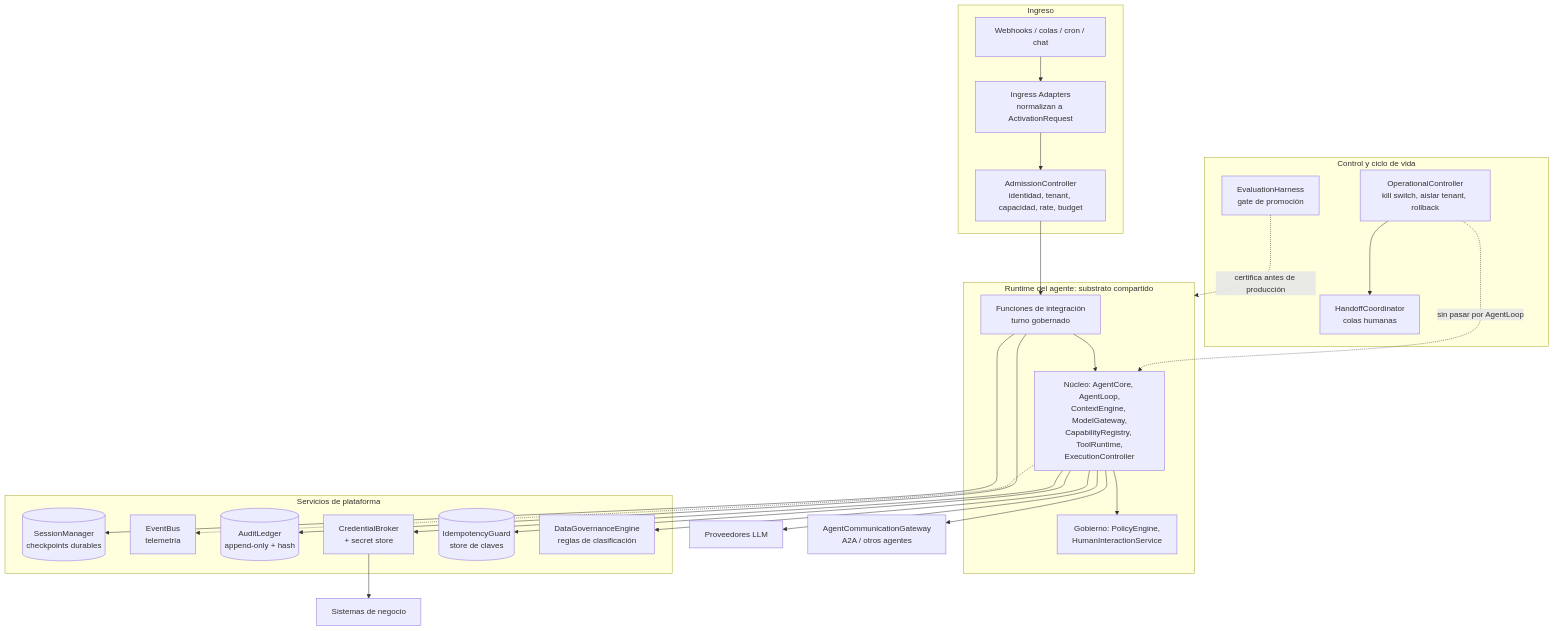
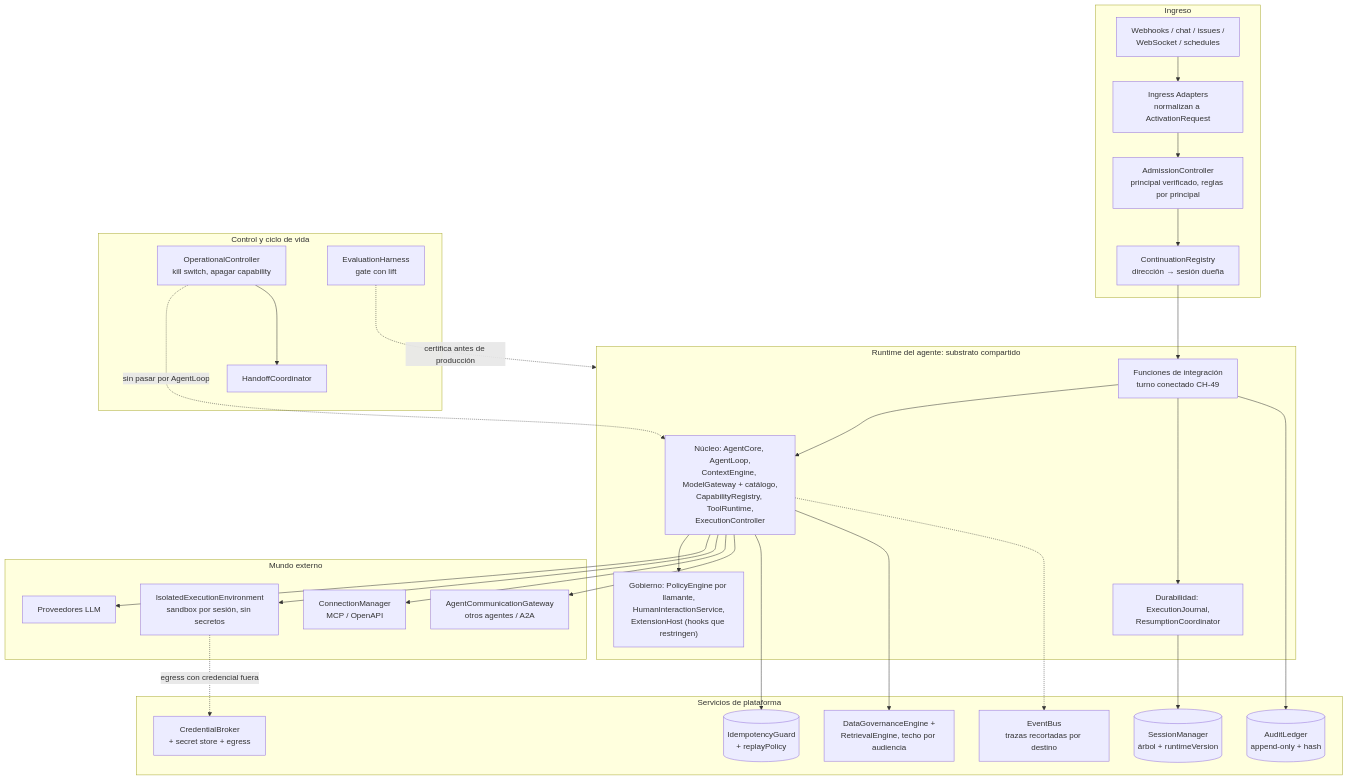
Before and after one commit to aaramirez/arnes-ai: the first of 3 diagrams in docs/diagramas/book-harness/BH-Implementacion.md, drawn with Mermaid. The commit also changed other lines of this file and 52 other files, not shown here.

````diff
--- a/docs/diagramas/book-harness/BH-Implementacion.md
+++ b/docs/diagramas/book-harness/BH-Implementacion.md
@@ -34,43 +34,50 @@
 ```mermaid
 flowchart TB
   subgraph Borde["Ingreso"]
-    SRC["Webhooks / colas / cron / chat"]
+    SRC["Webhooks / chat / issues /<br/>WebSocket / schedules"]
     IA["Ingress Adapters<br/>normalizan a ActivationRequest"]
-    ADM["AdmissionController<br/>identidad, tenant, capacidad, rate, budget"]
+    ADM["AdmissionController<br/>principal verificado, reglas por principal"]
+    CNR["ContinuationRegistry<br/>dirección → sesión dueña"]
   end
   subgraph Runtime["Runtime del agente: substrato compartido"]
-    INT["Funciones de integración<br/>turno gobernado"]
-    CORE["Núcleo: AgentCore, AgentLoop,<br/>ContextEngine, ModelGateway,<br/>CapabilityRegistry, ToolRuntime,<br/>ExecutionController"]
-    GOV["Gobierno: PolicyEngine,<br/>HumanInteractionService"]
+    INT["Funciones de integración<br/>turno conectado CH-49"]
+    CORE["Núcleo: AgentCore, AgentLoop,<br/>ContextEngine, ModelGateway + catálogo,<br/>CapabilityRegistry, ToolRuntime,<br/>ExecutionController"]
+    GOV["Gobierno: PolicyEngine por llamante,<br/>HumanInteractionService,<br/>ExtensionHost (hooks que restringen)"]
+    DUR["Durabilidad: ExecutionJournal,<br/>ResumptionCoordinator"]
   end
   subgraph Plat["Servicios de plataforma"]
-    SM[("SessionManager<br/>checkpoints durables")]
-    EB["EventBus<br/>telemetría"]
+    SM[("SessionManager<br/>árbol + runtimeVersion")]
     AUD[("AuditLedger<br/>append-only + hash")]
-    CB["CredentialBroker<br/>+ secret store"]
-    IG[("IdempotencyGuard<br/>store de claves")]
-    DGE["DataGovernanceEngine<br/>reglas de clasificación"]
+    CB["CredentialBroker<br/>+ secret store + egress"]
+    IG[("IdempotencyGuard<br/>+ replayPolicy")]
+    DATA["DataGovernanceEngine +<br/>RetrievalEngine, techo por audiencia"]
+    EB["EventBus<br/>trazas recortadas por destino"]
+  end
+  subgraph Ext["Mundo externo"]
+    IEE["IsolatedExecutionEnvironment<br/>sandbox por sesión, sin secretos"]
+    CM["ConnectionManager<br/>MCP / OpenAPI"]
+    ACG["AgentCommunicationGateway<br/>otros agentes / A2A"]
+    LLM["Proveedores LLM"]
   end
   subgraph Ctrl["Control y ciclo de vida"]
-    OC["OperationalController<br/>kill switch, aislar tenant, rollback"]
-    HC["HandoffCoordinator<br/>colas humanas"]
-    EH["EvaluationHarness<br/>gate de promoción"]
+    OC["OperationalController<br/>kill switch, apagar capability"]
+    HC["HandoffCoordinator"]
+    EH["EvaluationHarness<br/>gate con lift"]
   end
-  LLM["Proveedores LLM"]
-  EXT["Sistemas de negocio"]
-  ACG["AgentCommunicationGateway<br/>A2A / otros agentes"]
 
-  SRC --> IA --> ADM --> INT --> CORE
+  SRC --> IA --> ADM --> CNR --> INT --> CORE
   CORE --> GOV
+  INT --> DUR --> SM
   CORE --> LLM
-  CORE --> CB --> EXT
+  CORE --> IEE
+  CORE --> CM
+  CORE --> ACG
+  IEE -. "egress con credencial fuera" .-> CB
   CORE --> IG
-  CORE --> DGE
-  INT --> SM
+  CORE --> DATA
+  INT --> AUD
   CORE -.-> EB
-  INT --> AUD
   OC -. "sin pasar por AgentLoop" .-> CORE
   OC --> HC
   EH -. "certifica antes de producción" .-> Runtime
-  CORE --> ACG
 ```
````
